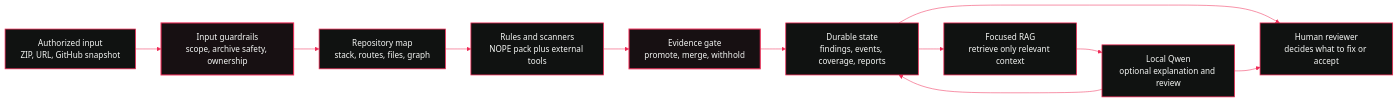
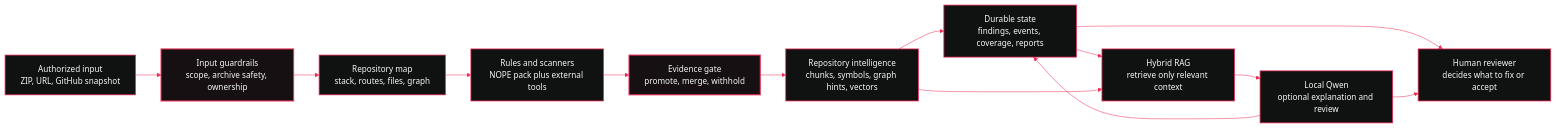
Before and after one commit to muneeb-anjum0/NOPE: the first of 3 diagrams in README.md, drawn with Mermaid. The commit also changed other lines of this file and 24 other files, not shown here.

First line of the commit message:
Complete Stage 14 repository intelligence

````diff
--- a/README.md
+++ b/README.md
@@ -143,35 +145,37 @@
 ```mermaid
 %%{init: {
   "theme": "base",
   "themeVariables": {
     "background": "#08090a",
     "primaryColor": "#101211",
     "primaryTextColor": "#f5f7f5",
     "primaryBorderColor": "#f02a56",
     "lineColor": "#f02a56",
     "secondaryColor": "#141716",
     "tertiaryColor": "#191c1b",
     "fontFamily": "Inter, Segoe UI, sans-serif"
   }
 }}%%
 flowchart LR
   input["Authorized input<br/>ZIP, URL, GitHub snapshot"]
   guard["Input guardrails<br/>scope, archive safety, ownership"]
   map["Repository map<br/>stack, routes, files, graph"]
   rules["Rules and scanners<br/>NOPE pack plus external tools"]
   gate["Evidence gate<br/>promote, merge, withhold"]
+  index["Repository intelligence<br/>chunks, symbols, graph hints, vectors"]
   store["Durable state<br/>findings, events, coverage, reports"]
-  rag["Focused RAG<br/>retrieve only relevant context"]
+  rag["Hybrid RAG<br/>retrieve only relevant context"]
   qwen["Local Qwen<br/>optional explanation and review"]
   human["Human reviewer<br/>decides what to fix or accept"]
 
-  input --> guard --> map --> rules --> gate --> store
+  input --> guard --> map --> rules --> gate --> index --> store
   store --> rag --> qwen --> store
+  index --> rag
   store --> human
   qwen --> human
 
   classDef layer fill:#101211,stroke:#f02a56,stroke-width:1.5px,color:#f5f7f5;
   classDef guardNode fill:#171012,stroke:#f02a56,stroke-width:2px,color:#f5f7f5;
-  class input,map,rules,store,rag,qwen,human layer;
+  class input,map,rules,index,store,rag,qwen,human layer;
   class guard,gate guardNode;
 ```
````
